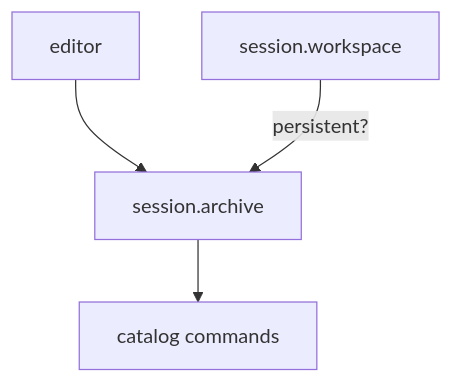
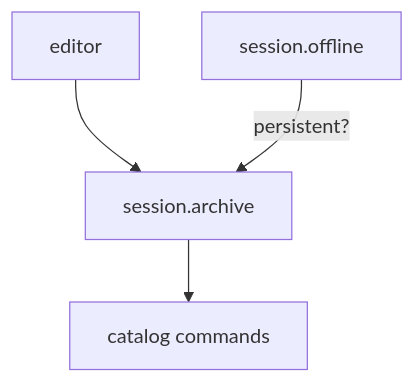
One commit to JollyPixel/editor changed diagram 11 of 14 in packages/editors/host/ARCHITECTURE.md. Above: the diagram before and after it, drawn with Mermaid. The commit also changed other lines of this file and 174 other files, not shown here.

````diff
--- a/packages/editors/host/ARCHITECTURE.md
+++ b/packages/editors/host/ARCHITECTURE.md
@@ -176,6 +176,6 @@
 ```mermaid
 flowchart TB
     Editor["editor"] --> Archive["session.archive"]
     Archive --> Catalog["catalog commands"]
-    Workspace["session.workspace"] -->|"persistent?"| Archive
+    Offline["session.offline"] -->|"persistent?"| Archive
 ```
````
